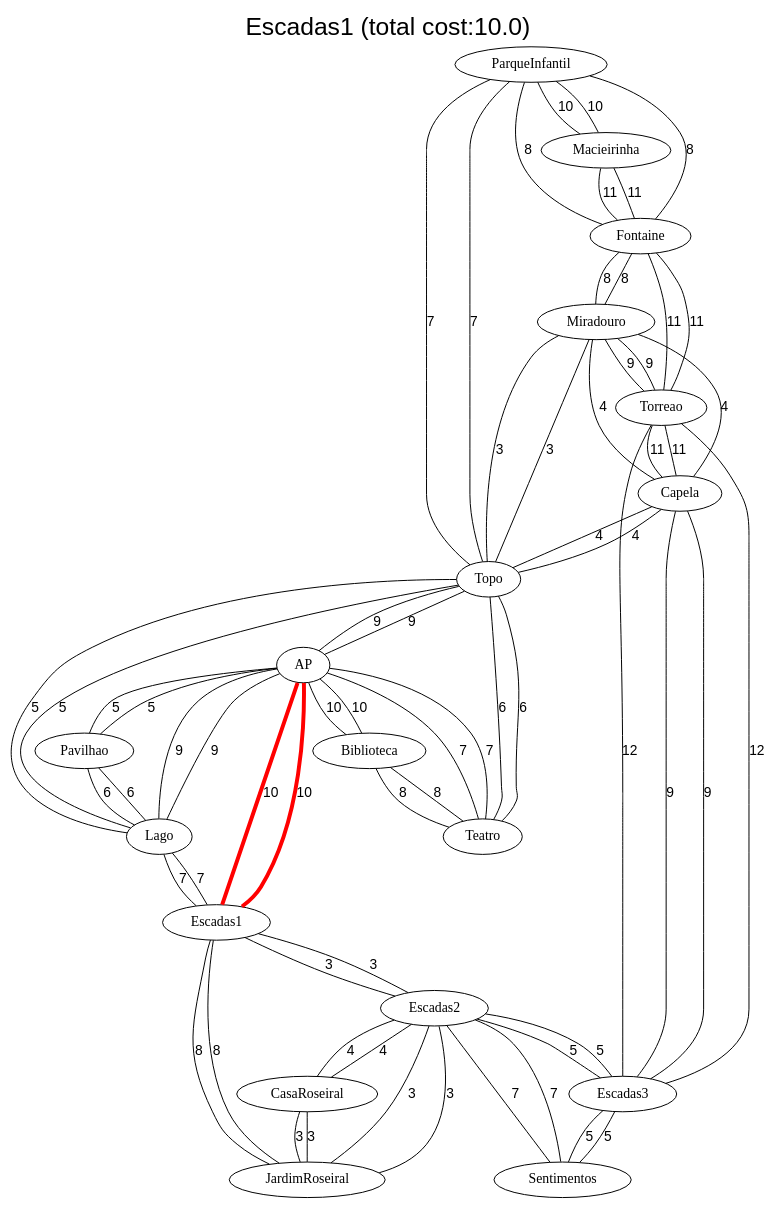
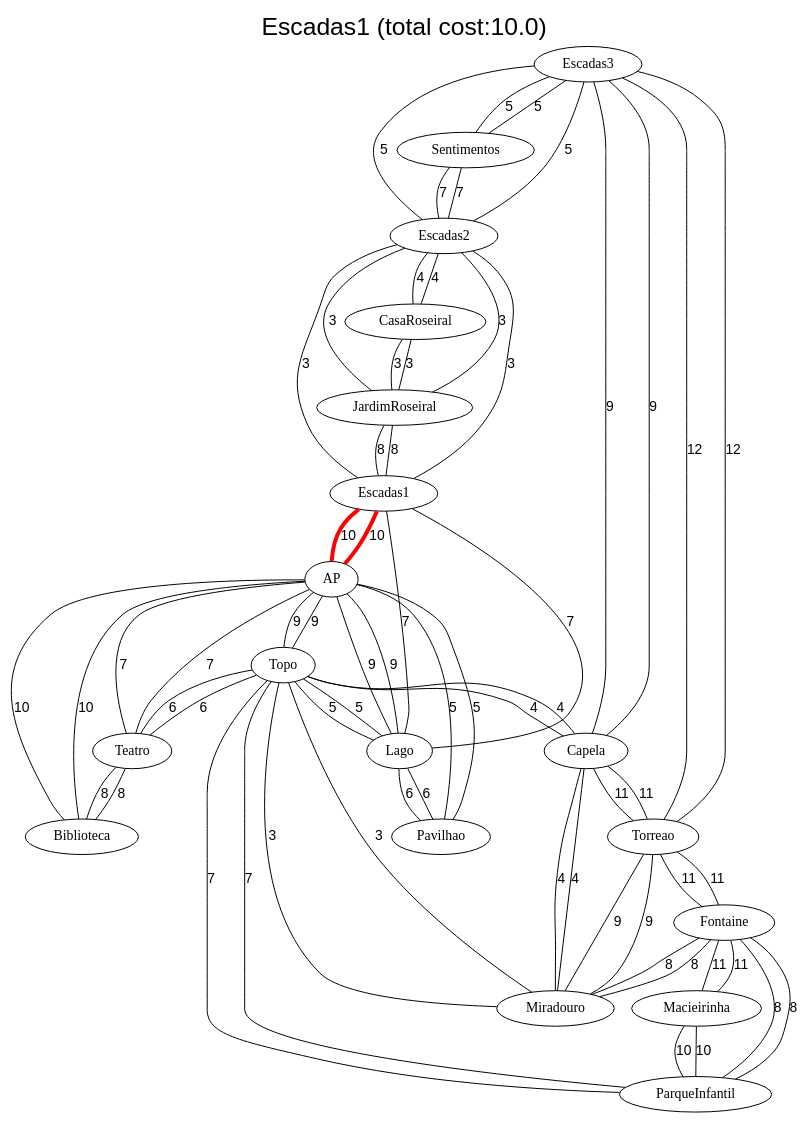
The diagram in output/SprintC/us17_graphs/graph.dot (Departamento-de-Engenharia-Informatica/lei-24-s2-1dl-g121), drawn with Graphviz before and after one commit. The commit also changed other lines of this file and 6 other files, not shown here.

```diff
--- a/output/SprintC/us17_graphs/graph.dot
+++ b/output/SprintC/us17_graphs/graph.dot
@@ -1,73 +1,73 @@
 graph {
 fontname="Arial";
 splines="true";
 sep="0.5";
 labelloc="t";
 label="Escadas1 (total cost:10.0)";
 fontsize=25;
 fontweight=bold;
+    "Escadas3" -- "Sentimentos" [label="5", color="black", len=2, penwidth=1.0, fontname="Arial"];
+    "Capela" -- "Escadas3" [label="9", color="black", len=2, penwidth=1.0, fontname="Arial"];
+    "Miradouro" -- "Capela" [label="4", color="black", len=2, penwidth=1.0, fontname="Arial"];
+    "Escadas3" -- "Torreao" [label="12", color="black", len=2, penwidth=1.0, fontname="Arial"];
+    "AP" -- "Escadas1" [label="10", color="red", len=2, penwidth=4.0, fontname="Arial"];
+    "Lago" -- "AP" [label="9", color="black", len=2, penwidth=1.0, fontname="Arial"];
+    "JardimRoseiral" -- "CasaRoseiral" [label="3", color="black", len=2, penwidth=1.0, fontname="Arial"];
+    "JardimRoseiral" -- "Escadas1" [label="8", color="black", len=2, penwidth=1.0, fontname="Arial"];
+    "Torreao" -- "Miradouro" [label="9", color="black", len=2, penwidth=1.0, fontname="Arial"];
+    "Teatro" -- "Biblioteca" [label="8", color="black", len=2, penwidth=1.0, fontname="Arial"];
+    "Fontaine" -- "Torreao" [label="11", color="black", len=2, penwidth=1.0, fontname="Arial"];
+    "Pavilhao" -- "AP" [label="5", color="black", len=2, penwidth=1.0, fontname="Arial"];
+    "Lago" -- "Topo" [label="5", color="black", len=2, penwidth=1.0, fontname="Arial"];
+    "Escadas2" -- "Escadas1" [label="3", color="black", len=2, penwidth=1.0, fontname="Arial"];
+    "Topo" -- "Capela" [label="4", color="black", len=2, penwidth=1.0, fontname="Arial"];
+    "Capela" -- "Miradouro" [label="4", color="black", len=2, penwidth=1.0, fontname="Arial"];
+    "Lago" -- "Pavilhao" [label="6", color="black", len=2, penwidth=1.0, fontname="Arial"];
+    "Topo" -- "ParqueInfantil" [label="7", color="black", len=2, penwidth=1.0, fontname="Arial"];
+    "Miradouro" -- "Torreao" [label="9", color="black", len=2, penwidth=1.0, fontname="Arial"];
+    "Escadas1" -- "Escadas2" [label="3", color="black", len=2, penwidth=1.0, fontname="Arial"];
+    "Fontaine" -- "ParqueInfantil" [label="8", color="black", len=2, penwidth=1.0, fontname="Arial"];
+    "Torreao" -- "Fontaine" [label="11", color="black", len=2, penwidth=1.0, fontname="Arial"];
     "ParqueInfantil" -- "Macieirinha" [label="10", color="black", len=2, penwidth=1.0, fontname="Arial"];
-    "Torreao" -- "Fontaine" [label="11", color="black", len=2, penwidth=1.0, fontname="Arial"];
+    "Teatro" -- "AP" [label="7", color="black", len=2, penwidth=1.0, fontname="Arial"];
+    "Topo" -- "Miradouro" [label="3", color="black", len=2, penwidth=1.0, fontname="Arial"];
+    "Sentimentos" -- "Escadas3" [label="5", color="black", len=2, penwidth=1.0, fontname="Arial"];
+    "Escadas3" -- "Capela" [label="9", color="black", len=2, penwidth=1.0, fontname="Arial"];
+    "Capela" -- "Torreao" [label="11", color="black", len=2, penwidth=1.0, fontname="Arial"];
+    "Escadas1" -- "Lago" [label="7", color="black", len=2, penwidth=1.0, fontname="Arial"];
+    "Fontaine" -- "Macieirinha" [label="11", color="black", len=2, penwidth=1.0, fontname="Arial"];
+    "AP" -- "Pavilhao" [label="5", color="black", len=2, penwidth=1.0, fontname="Arial"];
+    "ParqueInfantil" -- "Topo" [label="7", color="black", len=2, penwidth=1.0, fontname="Arial"];
+    "JardimRoseiral" -- "Escadas2" [label="3", color="black", len=2, penwidth=1.0, fontname="Arial"];
+    "Biblioteca" -- "Teatro" [label="8", color="black", len=2, penwidth=1.0, fontname="Arial"];
+    "AP" -- "Biblioteca" [label="10", color="black", len=2, penwidth=1.0, fontname="Arial"];
+    "CasaRoseiral" -- "JardimRoseiral" [label="3", color="black", len=2, penwidth=1.0, fontname="Arial"];
+    "AP" -- "Lago" [label="9", color="black", len=2, penwidth=1.0, fontname="Arial"];
+    "AP" -- "Teatro" [label="7", color="black", len=2, penwidth=1.0, fontname="Arial"];
+    "CasaRoseiral" -- "Escadas2" [label="4", color="black", len=2, penwidth=1.0, fontname="Arial"];
+    "Sentimentos" -- "Escadas2" [label="7", color="black", len=2, penwidth=1.0, fontname="Arial"];
+    "Capela" -- "Topo" [label="4", color="black", len=2, penwidth=1.0, fontname="Arial"];
+    "Pavilhao" -- "Lago" [label="6", color="black", len=2, penwidth=1.0, fontname="Arial"];
+    "Lago" -- "Escadas1" [label="7", color="black", len=2, penwidth=1.0, fontname="Arial"];
+    "Escadas1" -- "AP" [label="10", color="red", len=2, penwidth=4.0, fontname="Arial"];
     "Escadas2" -- "Escadas3" [label="5", color="black", len=2, penwidth=1.0, fontname="Arial"];
-    "Escadas3" -- "Torreao" [label="12", color="black", len=2, penwidth=1.0, fontname="Arial"];
-    "Pavilhao" -- "Lago" [label="6", color="black", len=2, penwidth=1.0, fontname="Arial"];
+    "Teatro" -- "Topo" [label="6", color="black", len=2, penwidth=1.0, fontname="Arial"];
+    "ParqueInfantil" -- "Fontaine" [label="8", color="black", len=2, penwidth=1.0, fontname="Arial"];
+    "Fontaine" -- "Miradouro" [label="8", color="black", len=2, penwidth=1.0, fontname="Arial"];
+    "Torreao" -- "Escadas3" [label="12", color="black", len=2, penwidth=1.0, fontname="Arial"];
+    "Miradouro" -- "Fontaine" [label="8", color="black", len=2, penwidth=1.0, fontname="Arial"];
     "Escadas2" -- "CasaRoseiral" [label="4", color="black", len=2, penwidth=1.0, fontname="Arial"];
-    "CasaRoseiral" -- "Escadas2" [label="4", color="black", len=2, penwidth=1.0, fontname="Arial"];
-    "Capela" -- "Torreao" [label="11", color="black", len=2, penwidth=1.0, fontname="Arial"];
-    "Lago" -- "Topo" [label="5", color="black", len=2, penwidth=1.0, fontname="Arial"];
-    "Escadas1" -- "JardimRoseiral" [label="8", color="black", len=2, penwidth=1.0, fontname="Arial"];
-    "Teatro" -- "Biblioteca" [label="8", color="black", len=2, penwidth=1.0, fontname="Arial"];
-    "AP" -- "Teatro" [label="7", color="black", len=2, penwidth=1.0, fontname="Arial"];
-    "Torreao" -- "Miradouro" [label="9", color="black", len=2, penwidth=1.0, fontname="Arial"];
-    "AP" -- "Topo" [label="9", color="black", len=2, penwidth=1.0, fontname="Arial"];
-    "Lago" -- "Escadas1" [label="7", color="black", len=2, penwidth=1.0, fontname="Arial"];
-    "Escadas2" -- "Sentimentos" [label="7", color="black", len=2, penwidth=1.0, fontname="Arial"];
-    "JardimRoseiral" -- "Escadas2" [label="3", color="black", len=2, penwidth=1.0, fontname="Arial"];
-    "AP" -- "Escadas1" [label="10", color="red", len=2, penwidth=4.0, fontname="Arial"];
-    "ParqueInfantil" -- "Fontaine" [label="8", color="black", len=2, penwidth=1.0, fontname="Arial"];
-    "Miradouro" -- "Torreao" [label="9", color="black", len=2, penwidth=1.0, fontname="Arial"];
     "Escadas2" -- "JardimRoseiral" [label="3", color="black", len=2, penwidth=1.0, fontname="Arial"];
-    "Escadas1" -- "AP" [label="10", color="red", len=2, penwidth=4.0, fontname="Arial"];
+    "Torreao" -- "Capela" [label="11", color="black", len=2, penwidth=1.0, fontname="Arial"];
     "Escadas3" -- "Escadas2" [label="5", color="black", len=2, penwidth=1.0, fontname="Arial"];
-    "Escadas1" -- "Lago" [label="7", color="black", len=2, penwidth=1.0, fontname="Arial"];
-    "CasaRoseiral" -- "JardimRoseiral" [label="3", color="black", len=2, penwidth=1.0, fontname="Arial"];
     "Topo" -- "Lago" [label="5", color="black", len=2, penwidth=1.0, fontname="Arial"];
     "Macieirinha" -- "ParqueInfantil" [label="10", color="black", len=2, penwidth=1.0, fontname="Arial"];
-    "Capela" -- "Miradouro" [label="4", color="black", len=2, penwidth=1.0, fontname="Arial"];
-    "Escadas2" -- "Escadas1" [label="3", color="black", len=2, penwidth=1.0, fontname="Arial"];
-    "AP" -- "Pavilhao" [label="5", color="black", len=2, penwidth=1.0, fontname="Arial"];
-    "AP" -- "Biblioteca" [label="10", color="black", len=2, penwidth=1.0, fontname="Arial"];
-    "ParqueInfantil" -- "Topo" [label="7", color="black", len=2, penwidth=1.0, fontname="Arial"];
-    "JardimRoseiral" -- "CasaRoseiral" [label="3", color="black", len=2, penwidth=1.0, fontname="Arial"];
-    "Sentimentos" -- "Escadas2" [label="7", color="black", len=2, penwidth=1.0, fontname="Arial"];
-    "Fontaine" -- "Miradouro" [label="8", color="black", len=2, penwidth=1.0, fontname="Arial"];
-    "Pavilhao" -- "AP" [label="5", color="black", len=2, penwidth=1.0, fontname="Arial"];
-    "Lago" -- "Pavilhao" [label="6", color="black", len=2, penwidth=1.0, fontname="Arial"];
-    "AP" -- "Lago" [label="9", color="black", len=2, penwidth=1.0, fontname="Arial"];
-    "Escadas3" -- "Sentimentos" [label="5", color="black", len=2, penwidth=1.0, fontname="Arial"];
-    "Lago" -- "AP" [label="9", color="black", len=2, penwidth=1.0, fontname="Arial"];
-    "Escadas1" -- "Escadas2" [label="3", color="black", len=2, penwidth=1.0, fontname="Arial"];
-    "Fontaine" -- "ParqueInfantil" [label="8", color="black", len=2, penwidth=1.0, fontname="Arial"];
-    "Topo" -- "Capela" [label="4", color="black", len=2, penwidth=1.0, fontname="Arial"];
+    "Escadas2" -- "Sentimentos" [label="7", color="black", len=2, penwidth=1.0, fontname="Arial"];
+    "Miradouro" -- "Topo" [label="3", color="black", len=2, penwidth=1.0, fontname="Arial"];
+    "Topo" -- "Teatro" [label="6", color="black", len=2, penwidth=1.0, fontname="Arial"];
+    "Topo" -- "AP" [label="9", color="black", len=2, penwidth=1.0, fontname="Arial"];
     "Macieirinha" -- "Fontaine" [label="11", color="black", len=2, penwidth=1.0, fontname="Arial"];
-    "Topo" -- "ParqueInfantil" [label="7", color="black", len=2, penwidth=1.0, fontname="Arial"];
-    "Miradouro" -- "Fontaine" [label="8", color="black", len=2, penwidth=1.0, fontname="Arial"];
-    "Sentimentos" -- "Escadas3" [label="5", color="black", len=2, penwidth=1.0, fontname="Arial"];
-    "Topo" -- "Teatro" [label="6", color="black", len=2, penwidth=1.0, fontname="Arial"];
-    "Capela" -- "Topo" [label="4", color="black", len=2, penwidth=1.0, fontname="Arial"];
-    "Teatro" -- "AP" [label="7", color="black", len=2, penwidth=1.0, fontname="Arial"];
-    "Fontaine" -- "Macieirinha" [label="11", color="black", len=2, penwidth=1.0, fontname="Arial"];
-    "JardimRoseiral" -- "Escadas1" [label="8", color="black", len=2, penwidth=1.0, fontname="Arial"];
-    "Topo" -- "AP" [label="9", color="black", len=2, penwidth=1.0, fontname="Arial"];
-    "Escadas3" -- "Capela" [label="9", color="black", len=2, penwidth=1.0, fontname="Arial"];
-    "Teatro" -- "Topo" [label="6", color="black", len=2, penwidth=1.0, fontname="Arial"];
-    "Topo" -- "Miradouro" [label="3", color="black", len=2, penwidth=1.0, fontname="Arial"];
-    "Torreao" -- "Escadas3" [label="12", color="black", len=2, penwidth=1.0, fontname="Arial"];
-    "Fontaine" -- "Torreao" [label="11", color="black", len=2, penwidth=1.0, fontname="Arial"];
-    "Miradouro" -- "Capela" [label="4", color="black", len=2, penwidth=1.0, fontname="Arial"];
-    "Biblioteca" -- "Teatro" [label="8", color="black", len=2, penwidth=1.0, fontname="Arial"];
-    "Torreao" -- "Capela" [label="11", color="black", len=2, penwidth=1.0, fontname="Arial"];
-    "Miradouro" -- "Topo" [label="3", color="black", len=2, penwidth=1.0, fontname="Arial"];
+    "AP" -- "Topo" [label="9", color="black", len=2, penwidth=1.0, fontname="Arial"];
+    "Escadas1" -- "JardimRoseiral" [label="8", color="black", len=2, penwidth=1.0, fontname="Arial"];
     "Biblioteca" -- "AP" [label="10", color="black", len=2, penwidth=1.0, fontname="Arial"];
-    "Capela" -- "Escadas3" [label="9", color="black", len=2, penwidth=1.0, fontname="Arial"];
 }
```
